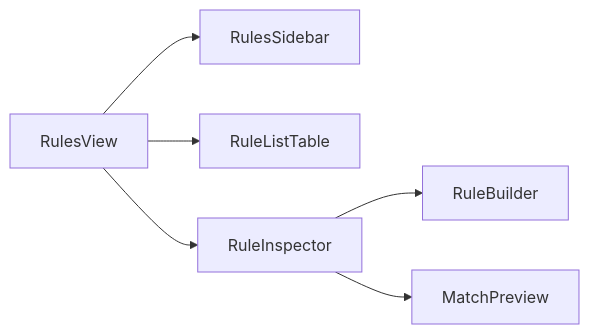
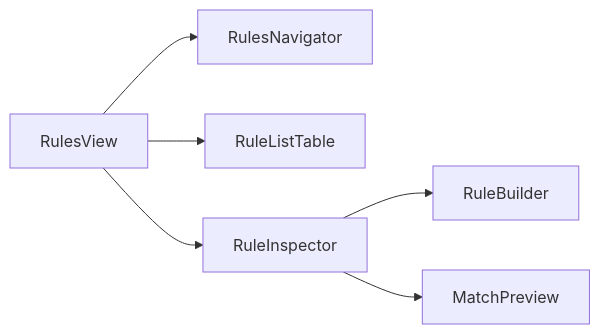
The fifth of 5 diagrams in docs/ui-map.md (Spatial-Duality/Manifold), drawn with Mermaid before and after one commit. The commit also changed other lines of this file and 84 other files, not shown here.

````diff
--- a/docs/ui-map.md
+++ b/docs/ui-map.md
@@ -154,8 +85,8 @@
 ```mermaid
 flowchart LR
-    A["RulesView"] --> B["RulesSidebar"]
+    A["RulesView"] --> B["RulesNavigator"]
     A --> C["RuleListTable"]
     A --> D["RuleInspector"]
     D --> E["RuleBuilder"]
     D --> F["MatchPreview"]
 ```
````
